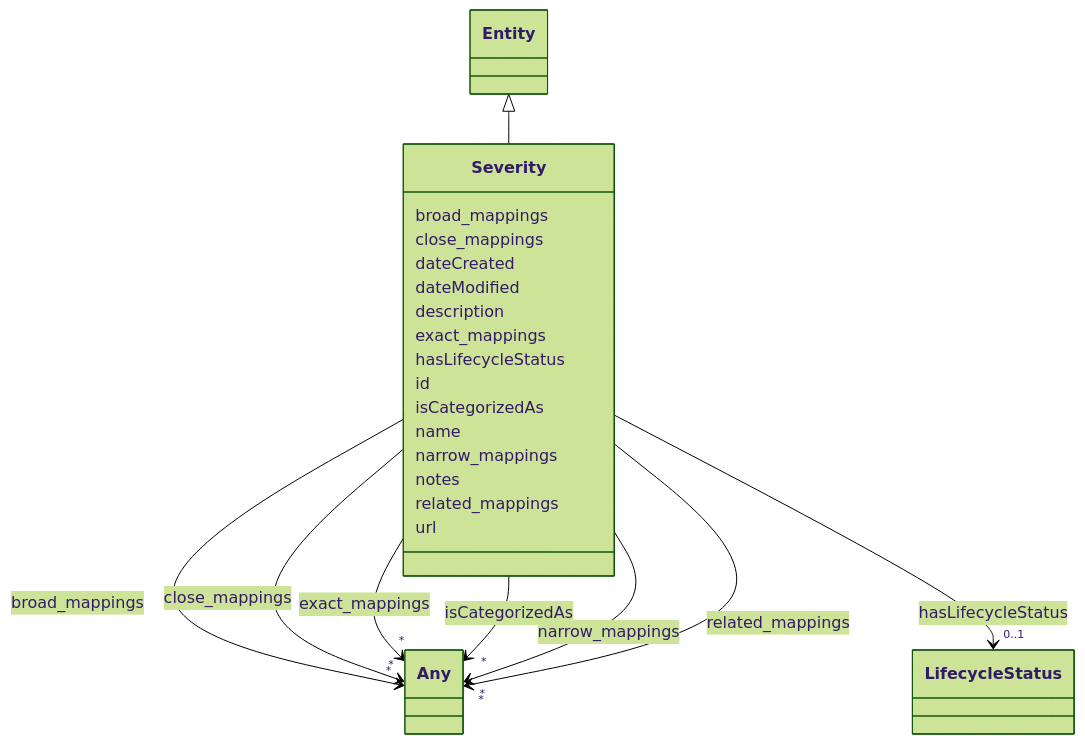
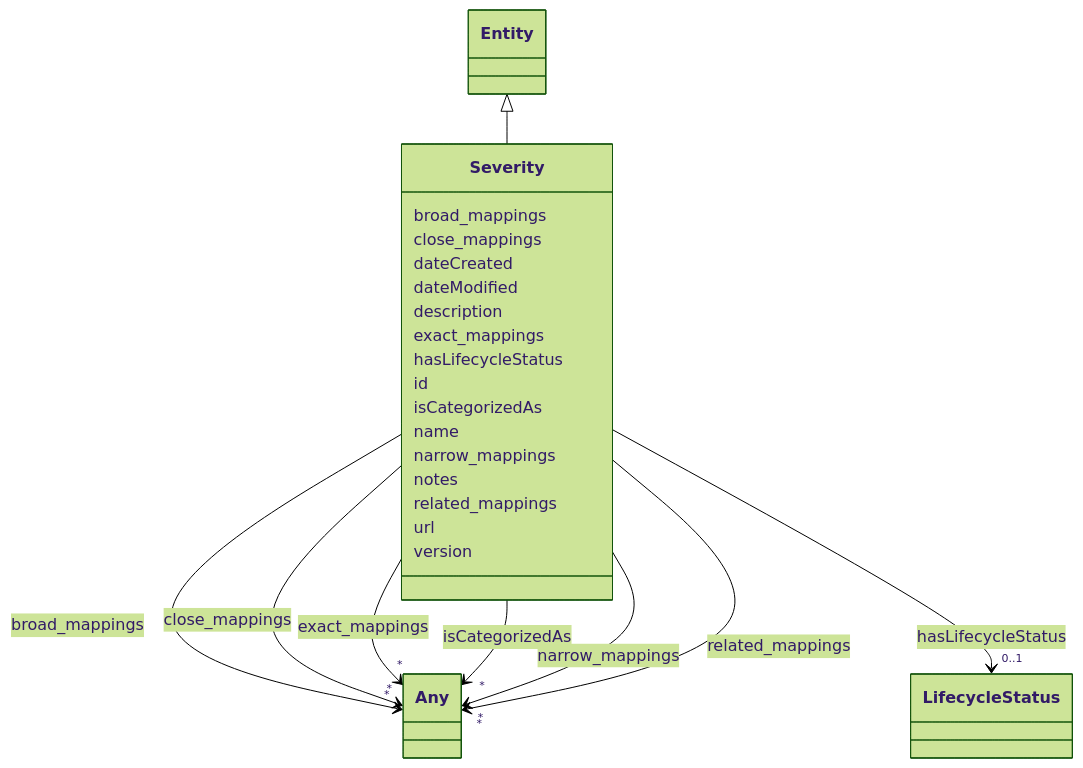
The diagram in docs/ontology/Severity.md (IBM/ai-atlas-nexus), drawn with Mermaid (forest theme) before and after one commit. The commit also changed other lines of this file and 101 other files, not shown here.

````diff
--- a/docs/ontology/Severity.md
+++ b/docs/ontology/Severity.md
@@ -107,5 +107,7 @@
 
       Severity : url
 
+      Severity : version
+
 
 ```
````
